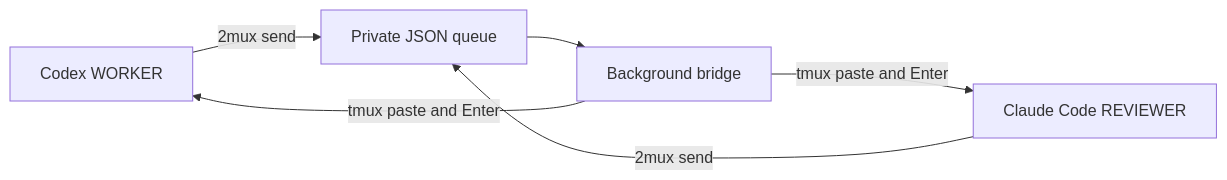
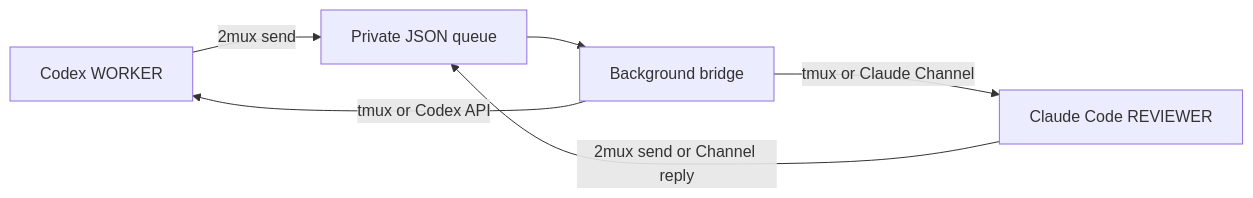
One commit to avhrst/2mux changed the first of 3 diagrams in docs/architecture.md. Above: the diagram before and after it, drawn with Mermaid. The commit also changed other lines of this file and 43 other files, not shown here.

First line of the commit message:
Add experimental native Codex and Claude transports

````diff
--- a/docs/architecture.md
+++ b/docs/architecture.md
@@ -9,8 +9,8 @@
 ```mermaid
 flowchart LR
     W[Codex WORKER] -->|2mux send| Q[Private JSON queue]
-    R[Claude Code REVIEWER] -->|2mux send| Q
+    R[Claude Code REVIEWER] -->|2mux send or Channel reply| Q
     Q --> B[Background bridge]
-    B -->|tmux paste and Enter| W
-    B -->|tmux paste and Enter| R
+    B -->|tmux or Codex API| W
+    B -->|tmux or Claude Channel| R
 ```
````
